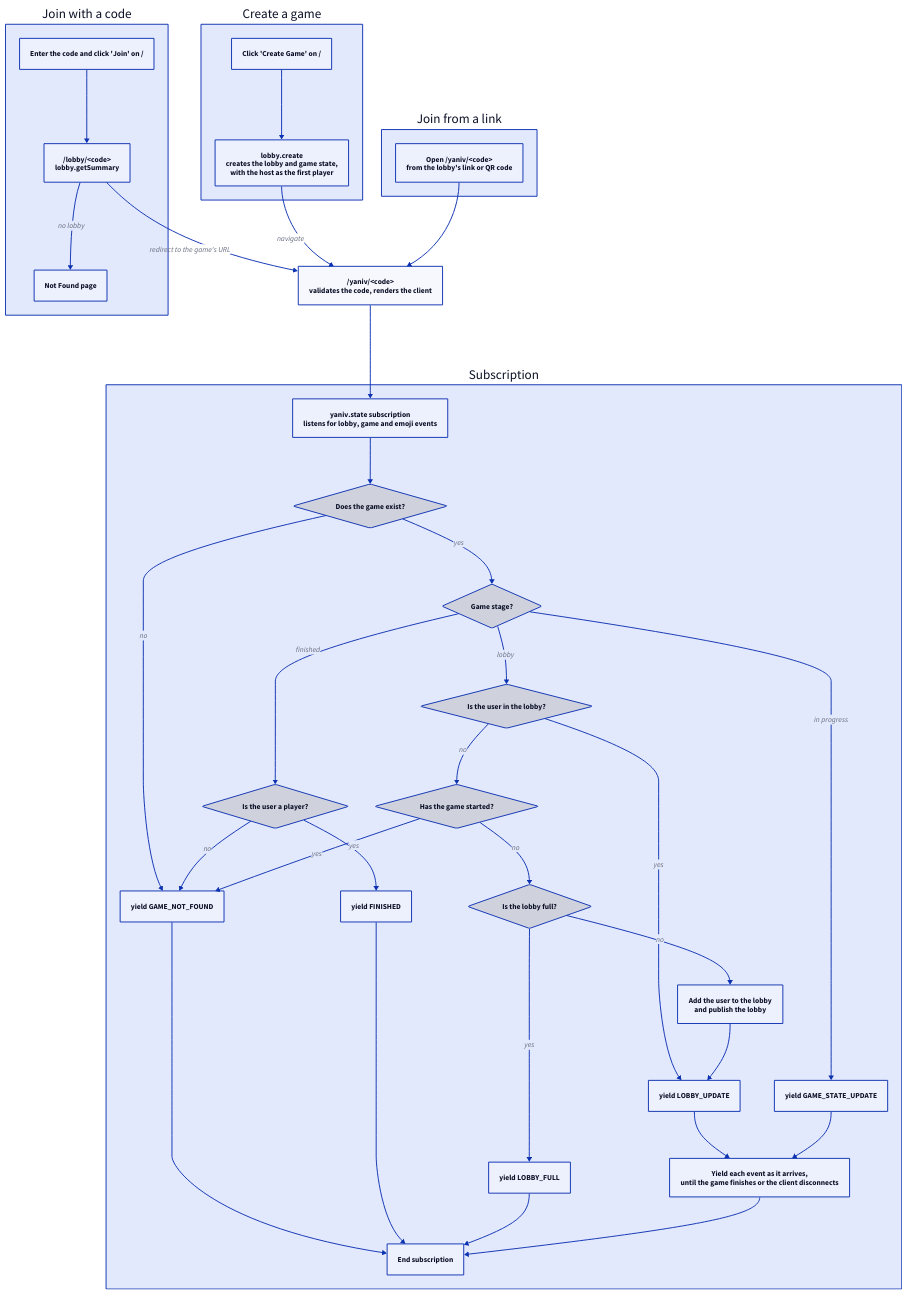
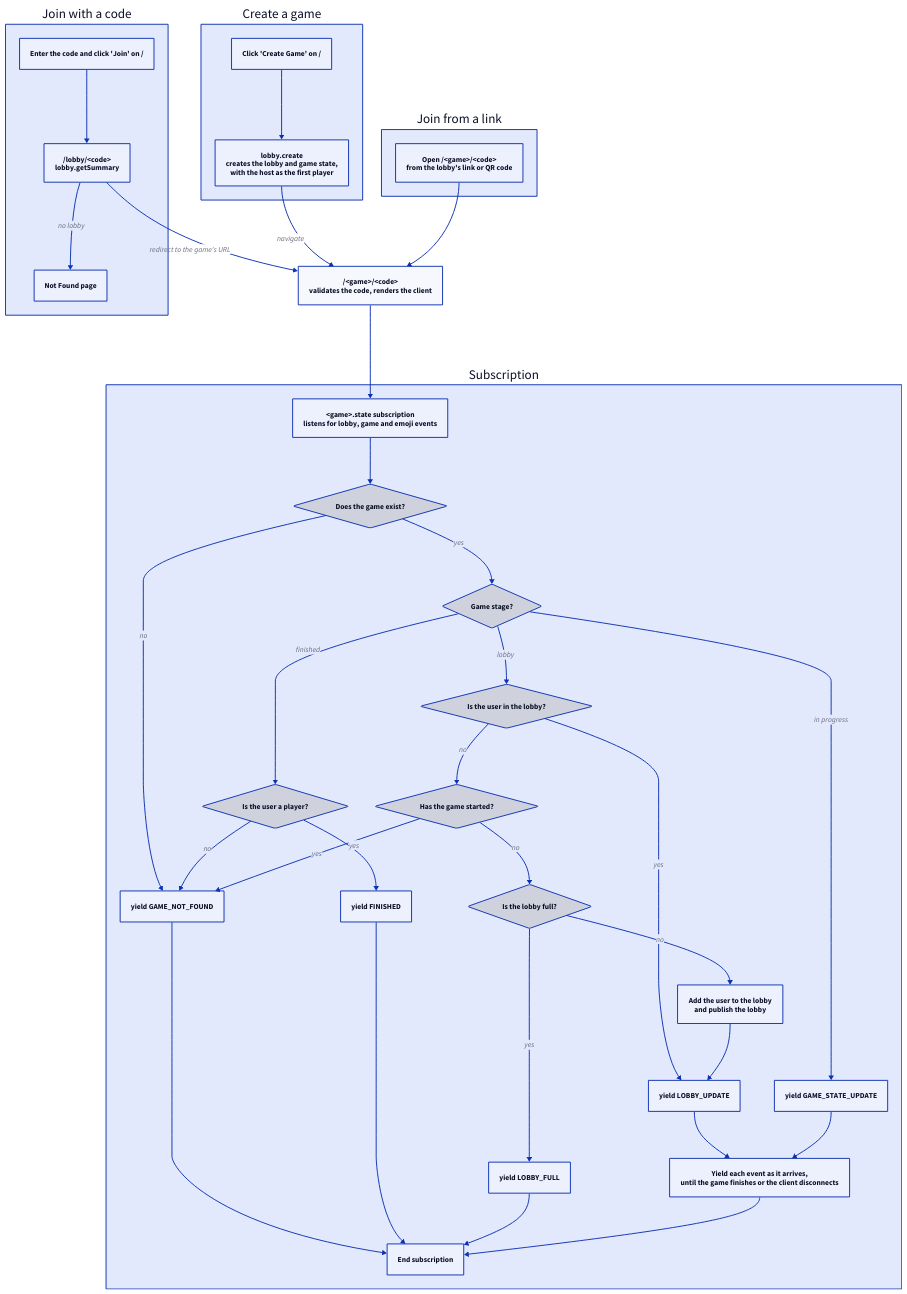
One commit to alastair-smith/card-games changed the diagram in apps/docs/diagrams/flows/join-game.d2. Above: the diagram before and after it, drawn with D2. The commit also changed 14 other files, not shown here.

```diff
--- a/apps/docs/diagrams/flows/join-game.d2
+++ b/apps/docs/diagrams/flows/join-game.d2
@@ -1,72 +1,72 @@
 direction: down
 
 create: Create a game {
   click: "Click 'Create Game' on /"
   mutation: "lobby.create\ncreates the lobby and game state,\nwith the host as the first player"
   click -> mutation
 }
 
 code: Join with a code {
   enter: "Enter the code and click 'Join' on /"
   lobby: "/lobby/<code>\nlobby.getSummary"
   not-found: Not Found page
   enter -> lobby
   lobby -> not-found: no lobby
 }
 
 shared-link: Join from a link {
-  open: "Open /yaniv/<code>\nfrom the lobby's link or QR code"
+  open: "Open /<game>/<code>\nfrom the lobby's link or QR code"
 }
 
-page: "/yaniv/<code>\nvalidates the code, renders the client"
+page: "/<game>/<code>\nvalidates the code, renders the client"
 
 create.mutation -> page: navigate
 code.lobby -> page: redirect to the game's URL
 shared-link.open -> page
 
 subscription: Subscription {
-  start: "yaniv.state subscription\nlistens for lobby, game and emoji events"
+  start: "<game>.state subscription\nlistens for lobby, game and emoji events"
   exists: Does the game exist? {shape: diamond}
   stage: Game stage? {shape: diamond}
   finished-player: Is the user a player? {shape: diamond}
   in-lobby: Is the user in the lobby? {shape: diamond}
   started: Has the game started? {shape: diamond}
   full: Is the lobby full? {shape: diamond}
   add: "Add the user to the lobby\nand publish the lobby"
 
   not-found: yield GAME_NOT_FOUND
   finished: yield FINISHED
   lobby-full: yield LOBBY_FULL
   lobby-update: yield LOBBY_UPDATE
   game-update: yield GAME_STATE_UPDATE
   stream: "Yield each event as it arrives,\nuntil the game finishes or the client disconnects"
   end: End subscription
 
   start -> exists
   exists -> not-found: no
   exists -> stage: yes
 
   stage -> finished-player: finished
   finished-player -> finished: yes
   finished-player -> not-found: no
 
   stage -> in-lobby: lobby
   in-lobby -> lobby-update: yes
   in-lobby -> started: no
   started -> not-found: yes
   started -> full: no
   full -> lobby-full: yes
   full -> add: no
   add -> lobby-update
 
   stage -> game-update: in progress
 
   lobby-update -> stream
   game-update -> stream
   not-found -> end
   finished -> end
   lobby-full -> end
   stream -> end
 }
 
 page -> subscription.start
```
